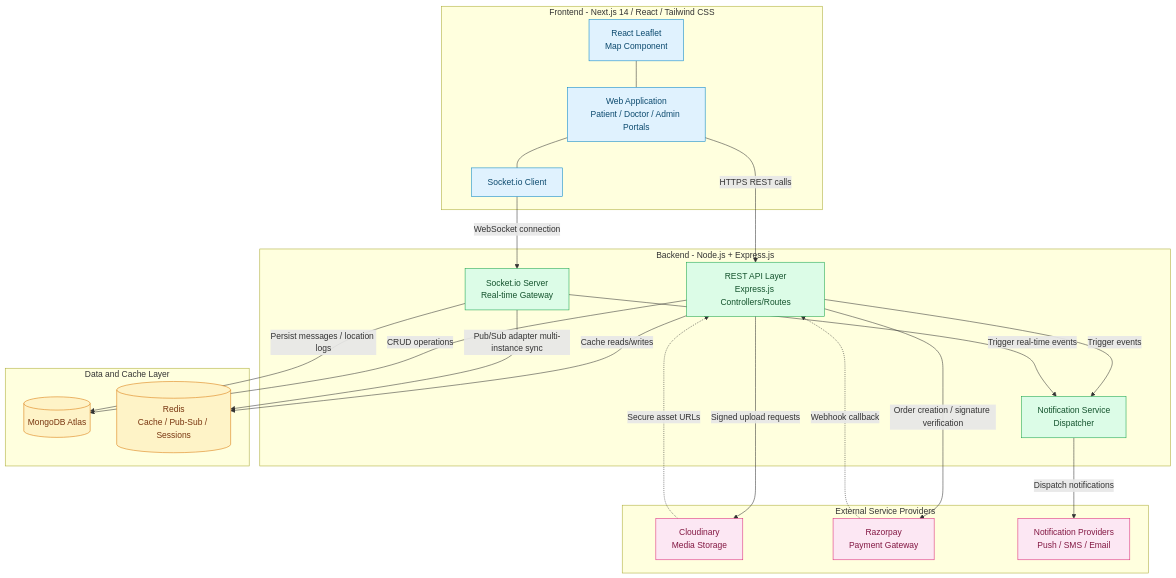
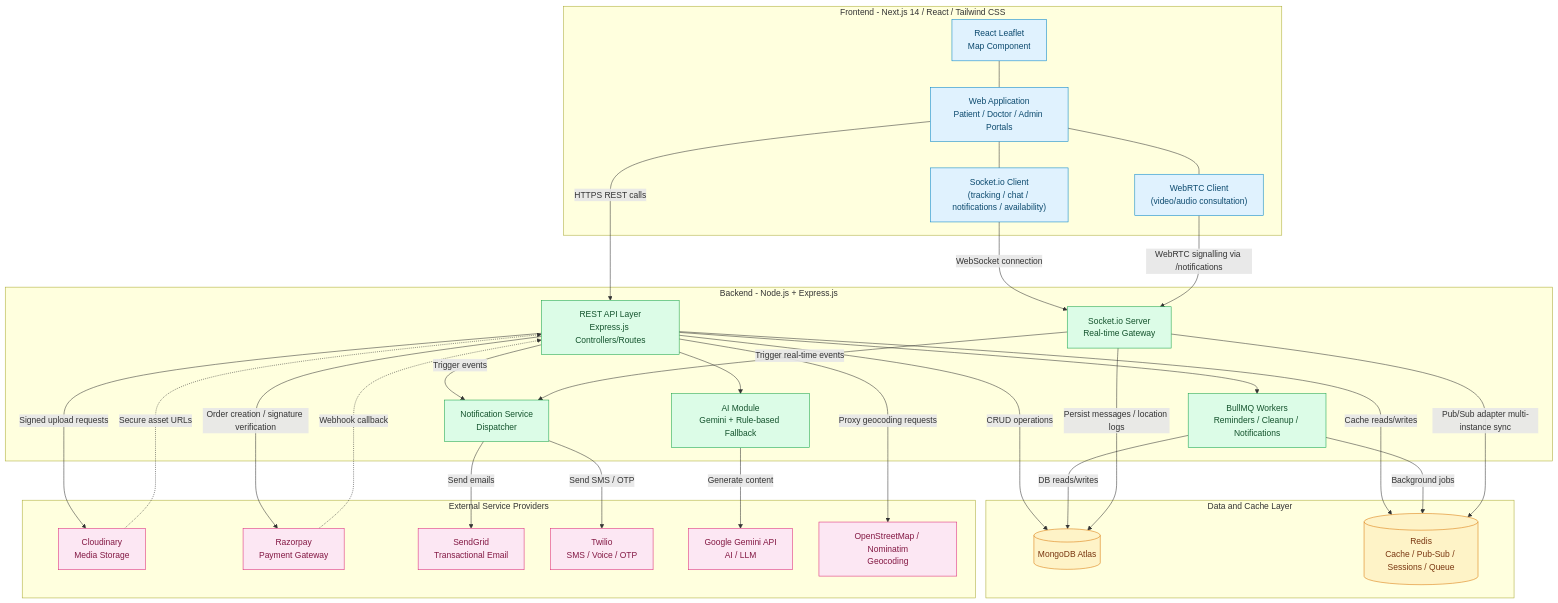
One commit to Vansh-Vaishnani/DocDock changed the first of 3 diagrams in Documents/Component-Diagram.md. Above: the diagram before and after it, drawn with Mermaid. The commit also changed other lines of this file and 16 other files, not shown here.

Commit message:
feat: initialize project documentation including system architecture, design specifications, and development roadmap

````diff
--- a/Documents/Component-Diagram.md
+++ b/Documents/Component-Diagram.md
@@ -20,55 +20,70 @@
 ```mermaid
 graph TB
     subgraph Client["Frontend - Next.js 14 / React / Tailwind CSS"]
         WEB["Web Application<br/>Patient / Doctor / Admin Portals"]
         MAP["React Leaflet<br/>Map Component"]
-        SOCKETCLIENT["Socket.io Client"]
+        SOCKETCLIENT["Socket.io Client<br/>(tracking / chat / notifications / availability)"]
+        WEBRTC["WebRTC Client<br/>(video/audio consultation)"]
     end
 
     subgraph Backend["Backend - Node.js + Express.js"]
         API["REST API Layer<br/>Express.js Controllers/Routes"]
         SOCKETSERVER["Socket.io Server<br/>Real-time Gateway"]
         NOTIFSVC["Notification Service<br/>Dispatcher"]
+        AIMOD["AI Module<br/>Gemini + Rule-based Fallback"]
+        WORKER["BullMQ Workers<br/>Reminders / Cleanup / Notifications"]
     end
 
     subgraph Data["Data and Cache Layer"]
         MONGO[("MongoDB Atlas")]
-        REDIS[("Redis<br/>Cache / Pub-Sub / Sessions")]
+        REDIS[("Redis<br/>Cache / Pub-Sub / Sessions / Queue")]
     end
 
     subgraph External["External Service Providers"]
         CLOUD["Cloudinary<br/>Media Storage"]
         RAZOR["Razorpay<br/>Payment Gateway"]
-        NOTIFPROVIDER["Notification Providers<br/>Push / SMS / Email"]
+        SENDGRID["SendGrid<br/>Transactional Email"]
+        TWILIO["Twilio<br/>SMS / Voice / OTP"]
+        GEMINI["Google Gemini API<br/>AI / LLM"]
+        NOMINATIM["OpenStreetMap / Nominatim<br/>Geocoding"]
     end
 
     WEB -->|HTTPS REST calls| API
     MAP --- WEB
     SOCKETCLIENT -->|WebSocket connection| SOCKETSERVER
     WEB --- SOCKETCLIENT
+    WEB --- WEBRTC
+    WEBRTC -->|WebRTC signalling via /notifications| SOCKETSERVER
 
     API -->|CRUD operations| MONGO
     API -->|Cache reads/writes| REDIS
     API -->|Signed upload requests| CLOUD
     API -->|Order creation / signature verification| RAZOR
     API -->|Trigger events| NOTIFSVC
+    API -->|Proxy geocoding requests| NOMINATIM
+    AIMOD -->|Generate content| GEMINI
+    API --> AIMOD
+    WORKER -->|Background jobs| REDIS
+    WORKER -->|DB reads/writes| MONGO
+    API --> WORKER
 
     SOCKETSERVER -->|Persist messages / location logs| MONGO
     SOCKETSERVER -->|Pub/Sub adapter multi-instance sync| REDIS
     SOCKETSERVER -->|Trigger real-time events| NOTIFSVC
 
-    NOTIFSVC -->|Dispatch notifications| NOTIFPROVIDER
+    NOTIFSVC -->|Send emails| SENDGRID
+    NOTIFSVC -->|Send SMS / OTP| TWILIO
 
     RAZOR -.->|Webhook callback| API
     CLOUD -.->|Secure asset URLs| API
 
     classDef client fill:#E0F2FE,stroke:#0284C7,color:#0C4A6E
     classDef backend fill:#DCFCE7,stroke:#16A34A,color:#14532D
     classDef data fill:#FEF3C7,stroke:#D97706,color:#78350F
     classDef external fill:#FCE7F3,stroke:#DB2777,color:#831843
 
-    class WEB,MAP,SOCKETCLIENT client
-    class API,SOCKETSERVER,NOTIFSVC backend
+    class WEB,MAP,SOCKETCLIENT,WEBRTC client
+    class API,SOCKETSERVER,NOTIFSVC,AIMOD,WORKER backend
     class MONGO,REDIS data
-    class CLOUD,RAZOR,NOTIFPROVIDER external
+    class CLOUD,RAZOR,SENDGRID,TWILIO,GEMINI,NOMINATIM external
 ```
````
